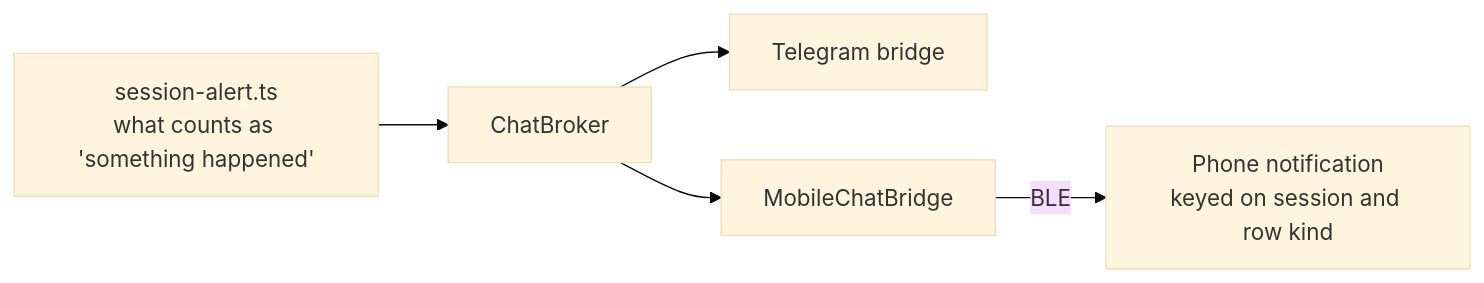
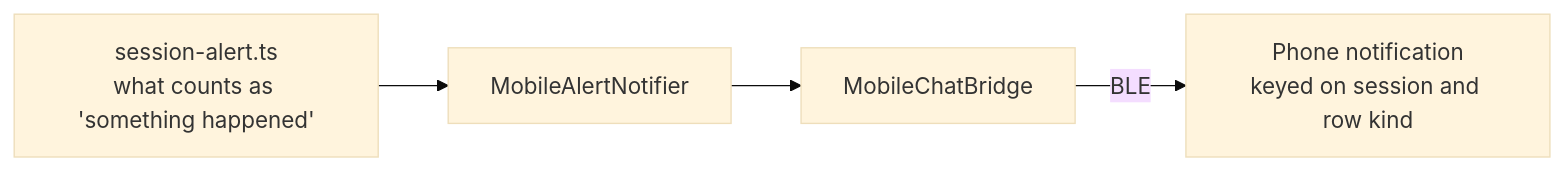
One commit to PetePeter/helm changed the sixth of 6 diagrams in docs/mobile-app.md. Above: the diagram before and after it, drawn with Mermaid (base theme). The commit also changed other lines of this file and 35 other files, not shown here.

````diff
--- a/docs/mobile-app.md
+++ b/docs/mobile-app.md
@@ -643,7 +644,6 @@
 ```mermaid
 graph LR
-    SA[session-alert.ts<br/>what counts as 'something happened'] --> CB[ChatBroker]
-    CB --> TG[Telegram bridge]
-    CB --> MB[MobileChatBridge]
+    SA[session-alert.ts<br/>what counts as 'something happened'] --> MN[MobileAlertNotifier]
+    MN --> MB[MobileChatBridge]
     MB -->|BLE| PH[Phone notification<br/>keyed on session and row kind]
 ```
````
